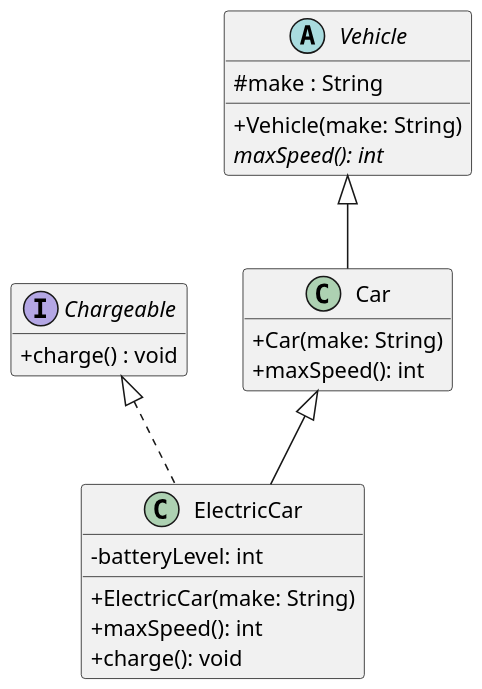
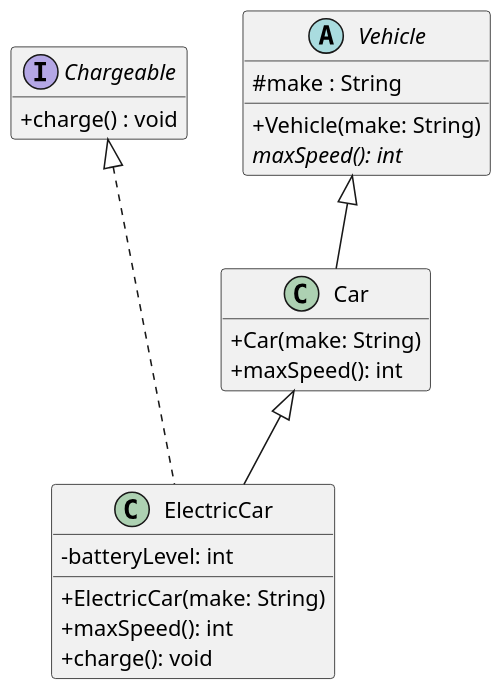
One commit to Changga6/207-course-notes changed the diagram in plantuml/exercises/vehicles-uml-starter.puml. Above: the diagram before and after it, drawn with PlantUML.

Commit message:
'Week 3 Homework - Part 1'

```diff
--- a/plantuml/exercises/vehicles-uml-starter.puml
+++ b/plantuml/exercises/vehicles-uml-starter.puml
@@ -1,46 +1,47 @@
 @startuml
 skinparam dpi 150
 skinparam classAttributeIconSize 0
 hide empty members
 
 ' Your task (Chapter 3, Question 2): draw the UML class diagram for the
 ' Vehicle / Car / ElectricCar / Chargeable code.
 '
 ' Define each type as a box, then connect them with the right arrows. One box
 ' (Chargeable) is filled in as an example — complete the other three and add the
 ' relationships.
 '
 ' PlantUML cheat-sheet:
 '   interface Name { + method() : Type }
 '   abstract class Name { # field : Type }
 '   class Name { - field : Type }
 '   Parent    <|-- Child    ' generalization: Child extends Parent
 '   Interface <|.. Class    ' realization:    Class implements Interface
 ' (Putting the parent/interface on the LEFT of the arrow keeps it on top.)
 
 interface Chargeable {
   + charge() : void
 }
 
 abstract class Vehicle {
   # make : String
   + Vehicle(make: String)
   {abstract} maxSpeed(): int
 }
 
-class Car extends Vehicle {
+class Car {
   + Car(make: String)
   + maxSpeed(): int
 }
 
-class ElectricCar extends Car implements Chargeable {
+class ElectricCar {
   - batteryLevel: int
   + ElectricCar(make: String)
   + maxSpeed(): int
   + charge(): void
 }
-' TODO: add "abstract class Vehicle", "class Car", and "class ElectricCar"
-'       (with their fields and methods), then add the arrows between all four
-'       types.
+
+Vehicle <|-- Car
+Car <|-- ElectricCar
+Chargeable <|... ElectricCar
 
 @enduml
```
